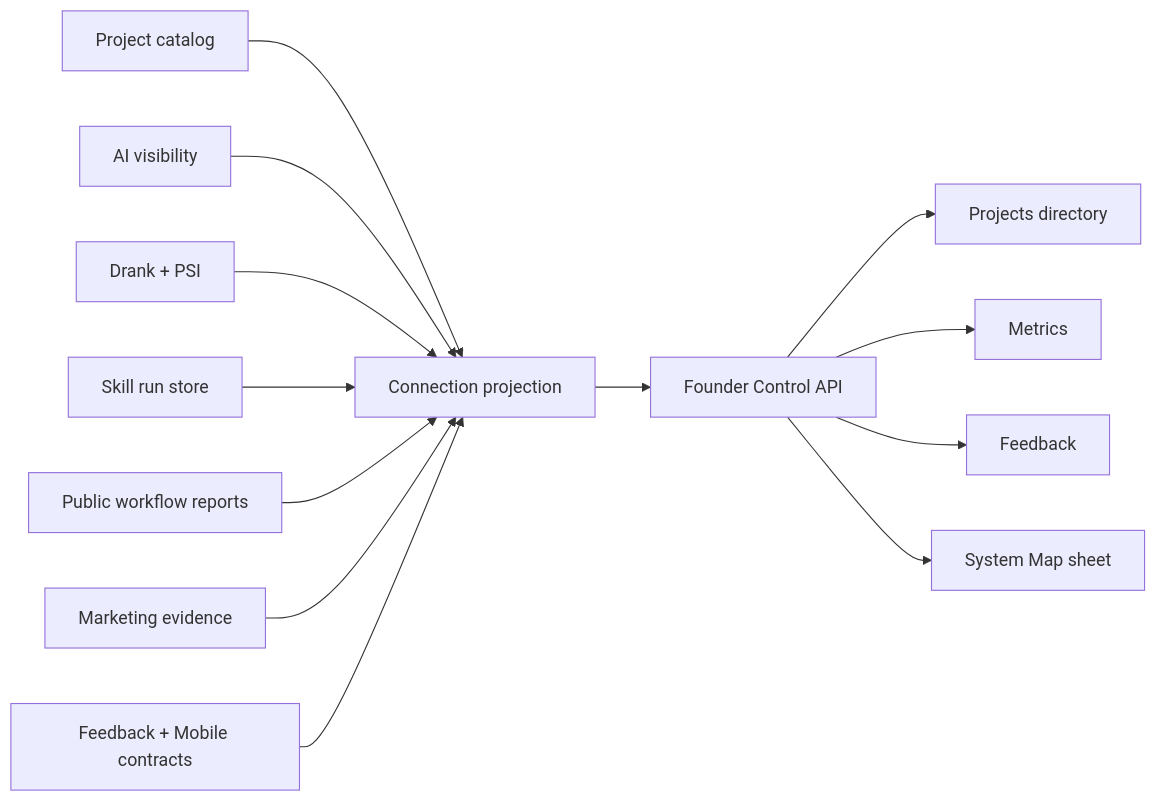
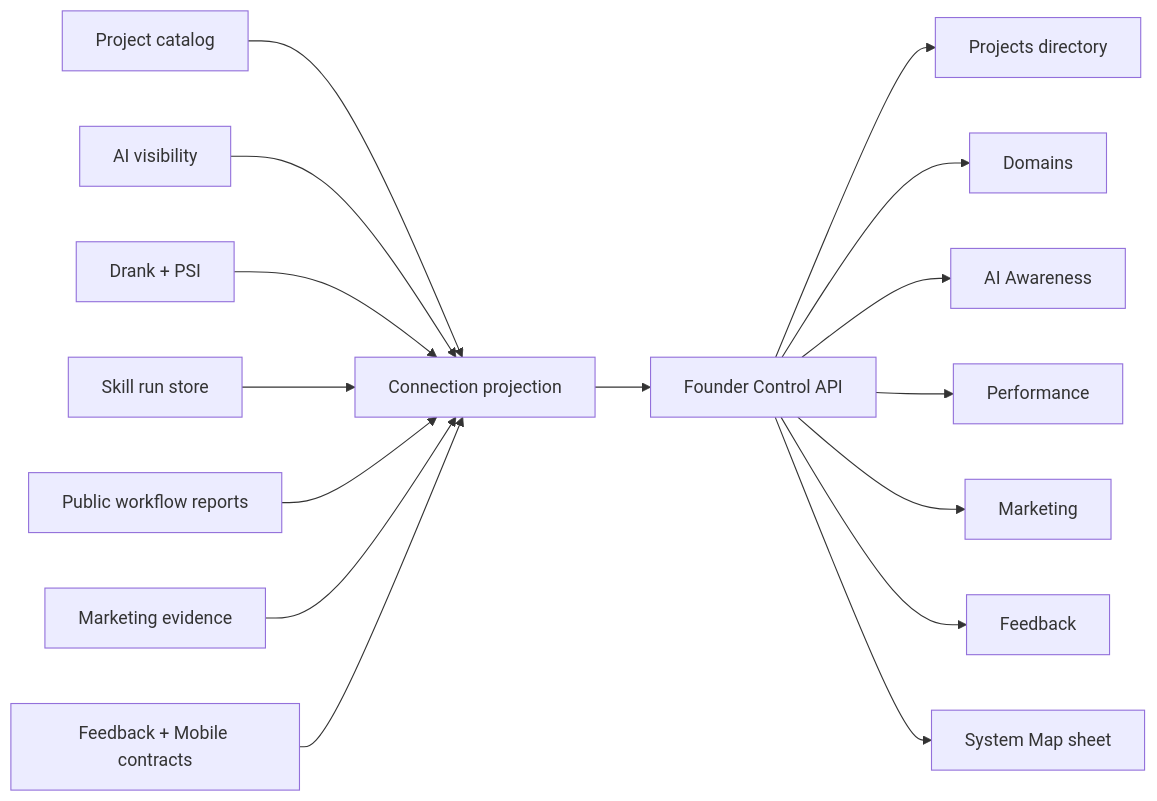
The first of 2 diagrams in foundry/openspec/changes/integrate-fleet-console-connections/design.md (sass-maker/site-health), drawn with Mermaid before and after one commit. The commit also changed other lines of this file and 35 other files, not shown here.

````diff
--- a/foundry/openspec/changes/integrate-fleet-console-connections/design.md
+++ b/foundry/openspec/changes/integrate-fleet-console-connections/design.md
@@ -66,15 +72,18 @@
 ```mermaid
 flowchart LR
   Catalog[Project catalog] --> Projection[Connection projection]
   Visibility[AI visibility] --> Projection
   Domain[Drank + PSI] --> Projection
   Skills[Skill run store] --> Projection
   Public[Public workflow reports] --> Projection
   Marketing[Marketing evidence] --> Projection
   Contracts[Feedback + Mobile contracts] --> Projection
   Projection --> API[Founder Control API]
   API --> Projects[Projects directory]
-  API --> Metrics[Metrics]
+  API --> Domains[Domains]
+  API --> Awareness[AI Awareness]
+  API --> Performance[Performance]
+  API --> MarketingView[Marketing]
   API --> Feedback[Feedback]
   API --> Sheet[System Map sheet]
 ```
````
